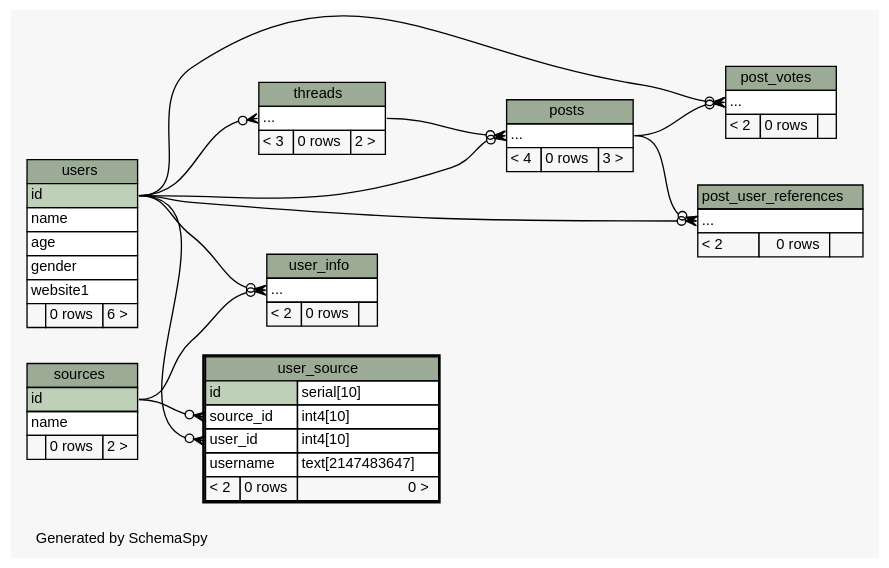
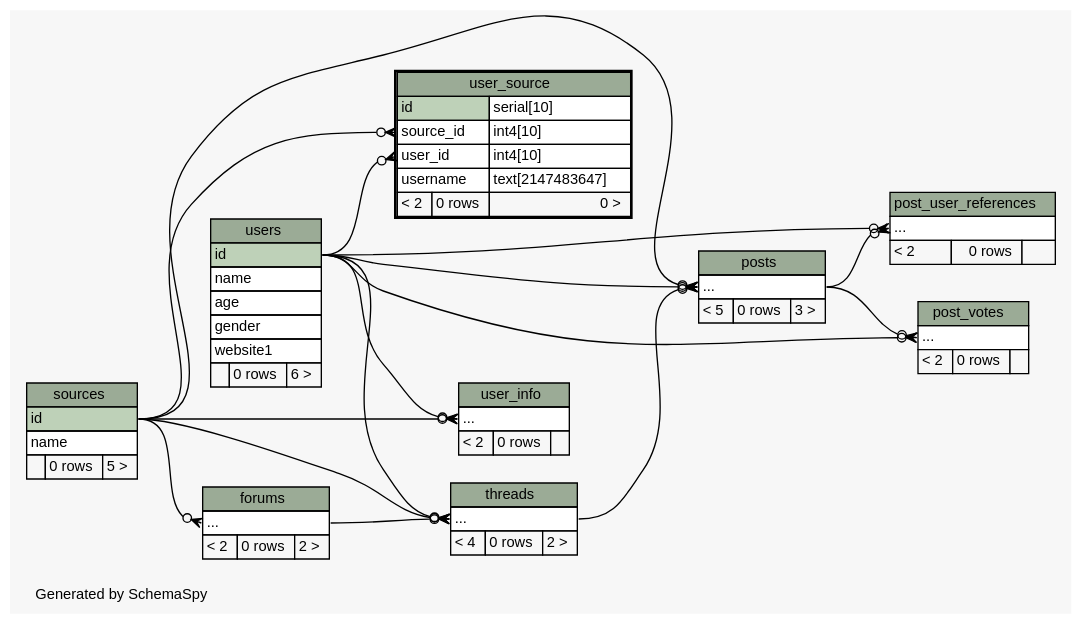
The diagram in library/diagrams/user_source.2degrees.dot (ryanaustincarlson/moocdb), drawn with Graphviz before and after one commit. The commit also changed 79 other files, not shown here.

Commit message:
Adding source_id to threads and posts etc.

```diff
--- a/library/diagrams/user_source.2degrees.dot
+++ b/library/diagrams/user_source.2degrees.dot
@@ -1,121 +1,135 @@
 // dot 2.34.0 on Mac OS X 10.8.3
 // SchemaSpy rev 590
 digraph "twoDegreesRelationshipsDiagram" {
   graph [
     rankdir="RL"
     bgcolor="#f7f7f7"
     label="\nGenerated by SchemaSpy"
     labeljust="l"
     nodesep="0.18"
     ranksep="0.46"
     fontname="Helvetica"
     fontsize="11"
   ];
   node [
     fontname="Helvetica"
     fontsize="11"
     shape="plaintext"
   ];
   edge [
     arrowsize="0.8"
   ];
+  "forums":"elipses":w -> "sources":"id":e [arrowhead=none dir=back arrowtail=crowodot];
   "post_user_references":"elipses":w -> "posts":"elipses":e [arrowhead=none dir=back arrowtail=crowodot];
   "post_user_references":"elipses":w -> "users":"id":e [arrowhead=none dir=back arrowtail=crowodot];
   "post_votes":"elipses":w -> "posts":"elipses":e [arrowhead=none dir=back arrowtail=crowodot];
   "post_votes":"elipses":w -> "users":"id":e [arrowhead=none dir=back arrowtail=crowodot];
   "posts":"elipses":w -> "users":"id":e [arrowhead=none dir=back arrowtail=crowodot];
+  "posts":"elipses":w -> "sources":"id":e [arrowhead=none dir=back arrowtail=crowodot];
   "posts":"elipses":w -> "threads":"elipses":e [arrowhead=none dir=back arrowtail=crowodot];
+  "threads":"elipses":w -> "forums":"elipses":e [arrowhead=none dir=back arrowtail=crowodot];
+  "threads":"elipses":w -> "sources":"id":e [arrowhead=none dir=back arrowtail=crowodot];
   "threads":"elipses":w -> "users":"id":e [arrowhead=none dir=back arrowtail=crowodot];
   "user_info":"elipses":w -> "sources":"id":e [arrowhead=none dir=back arrowtail=crowodot];
   "user_info":"elipses":w -> "users":"id":e [arrowhead=none dir=back arrowtail=crowodot];
   "user_source":"source_id":w -> "sources":"id":e [arrowhead=none dir=back arrowtail=crowodot];
   "user_source":"user_id":w -> "users":"id":e [arrowhead=none dir=back arrowtail=crowodot];
+  "forums" [
+    label=<
+    <TABLE BORDER="0" CELLBORDER="1" CELLSPACING="0" BGCOLOR="#ffffff">
+      <TR><TD COLSPAN="3" BGCOLOR="#9bab96" ALIGN="CENTER">forums</TD></TR>
+      <TR><TD PORT="elipses" COLSPAN="3" ALIGN="LEFT">...</TD></TR>
+      <TR><TD ALIGN="LEFT" BGCOLOR="#f7f7f7">&lt; 2</TD><TD ALIGN="RIGHT" BGCOLOR="#f7f7f7">0 rows</TD><TD ALIGN="RIGHT" BGCOLOR="#f7f7f7">2 &gt;</TD></TR>
+    </TABLE>>
+    URL="forums.html"
+    tooltip="forums"
+  ];
   "post_user_references" [
     label=<
     <TABLE BORDER="0" CELLBORDER="1" CELLSPACING="0" BGCOLOR="#ffffff">
       <TR><TD COLSPAN="3" BGCOLOR="#9bab96" ALIGN="CENTER">post_user_references</TD></TR>
       <TR><TD PORT="elipses" COLSPAN="3" ALIGN="LEFT">...</TD></TR>
       <TR><TD ALIGN="LEFT" BGCOLOR="#f7f7f7">&lt; 2</TD><TD ALIGN="RIGHT" BGCOLOR="#f7f7f7">0 rows</TD><TD ALIGN="RIGHT" BGCOLOR="#f7f7f7">  </TD></TR>
     </TABLE>>
     URL="post_user_references.html"
     tooltip="post_user_references"
   ];
   "post_votes" [
     label=<
     <TABLE BORDER="0" CELLBORDER="1" CELLSPACING="0" BGCOLOR="#ffffff">
       <TR><TD COLSPAN="3" BGCOLOR="#9bab96" ALIGN="CENTER">post_votes</TD></TR>
       <TR><TD PORT="elipses" COLSPAN="3" ALIGN="LEFT">...</TD></TR>
       <TR><TD ALIGN="LEFT" BGCOLOR="#f7f7f7">&lt; 2</TD><TD ALIGN="RIGHT" BGCOLOR="#f7f7f7">0 rows</TD><TD ALIGN="RIGHT" BGCOLOR="#f7f7f7">  </TD></TR>
     </TABLE>>
     URL="post_votes.html"
     tooltip="post_votes"
   ];
   "posts" [
     label=<
     <TABLE BORDER="0" CELLBORDER="1" CELLSPACING="0" BGCOLOR="#ffffff">
       <TR><TD COLSPAN="3" BGCOLOR="#9bab96" ALIGN="CENTER">posts</TD></TR>
       <TR><TD PORT="elipses" COLSPAN="3" ALIGN="LEFT">...</TD></TR>
-      <TR><TD ALIGN="LEFT" BGCOLOR="#f7f7f7">&lt; 4</TD><TD ALIGN="RIGHT" BGCOLOR="#f7f7f7">0 rows</TD><TD ALIGN="RIGHT" BGCOLOR="#f7f7f7">3 &gt;</TD></TR>
+      <TR><TD ALIGN="LEFT" BGCOLOR="#f7f7f7">&lt; 5</TD><TD ALIGN="RIGHT" BGCOLOR="#f7f7f7">0 rows</TD><TD ALIGN="RIGHT" BGCOLOR="#f7f7f7">3 &gt;</TD></TR>
     </TABLE>>
     URL="posts.html"
     tooltip="posts"
   ];
   "sources" [
     label=<
     <TABLE BORDER="0" CELLBORDER="1" CELLSPACING="0" BGCOLOR="#ffffff">
       <TR><TD COLSPAN="3" BGCOLOR="#9bab96" ALIGN="CENTER">sources</TD></TR>
       <TR><TD PORT="id" COLSPAN="3" BGCOLOR="#bed1b8" ALIGN="LEFT">id</TD></TR>
       <TR><TD PORT="name" COLSPAN="3" ALIGN="LEFT">name</TD></TR>
-      <TR><TD ALIGN="LEFT" BGCOLOR="#f7f7f7">  </TD><TD ALIGN="RIGHT" BGCOLOR="#f7f7f7">0 rows</TD><TD ALIGN="RIGHT" BGCOLOR="#f7f7f7">2 &gt;</TD></TR>
+      <TR><TD ALIGN="LEFT" BGCOLOR="#f7f7f7">  </TD><TD ALIGN="RIGHT" BGCOLOR="#f7f7f7">0 rows</TD><TD ALIGN="RIGHT" BGCOLOR="#f7f7f7">5 &gt;</TD></TR>
     </TABLE>>
     URL="sources.html"
     tooltip="sources"
   ];
   "threads" [
     label=<
     <TABLE BORDER="0" CELLBORDER="1" CELLSPACING="0" BGCOLOR="#ffffff">
       <TR><TD COLSPAN="3" BGCOLOR="#9bab96" ALIGN="CENTER">threads</TD></TR>
       <TR><TD PORT="elipses" COLSPAN="3" ALIGN="LEFT">...</TD></TR>
-      <TR><TD ALIGN="LEFT" BGCOLOR="#f7f7f7">&lt; 3</TD><TD ALIGN="RIGHT" BGCOLOR="#f7f7f7">0 rows</TD><TD ALIGN="RIGHT" BGCOLOR="#f7f7f7">2 &gt;</TD></TR>
+      <TR><TD ALIGN="LEFT" BGCOLOR="#f7f7f7">&lt; 4</TD><TD ALIGN="RIGHT" BGCOLOR="#f7f7f7">0 rows</TD><TD ALIGN="RIGHT" BGCOLOR="#f7f7f7">2 &gt;</TD></TR>
     </TABLE>>
     URL="threads.html"
     tooltip="threads"
   ];
   "user_info" [
     label=<
     <TABLE BORDER="0" CELLBORDER="1" CELLSPACING="0" BGCOLOR="#ffffff">
       <TR><TD COLSPAN="3" BGCOLOR="#9bab96" ALIGN="CENTER">user_info</TD></TR>
       <TR><TD PORT="elipses" COLSPAN="3" ALIGN="LEFT">...</TD></TR>
       <TR><TD ALIGN="LEFT" BGCOLOR="#f7f7f7">&lt; 2</TD><TD ALIGN="RIGHT" BGCOLOR="#f7f7f7">0 rows</TD><TD ALIGN="RIGHT" BGCOLOR="#f7f7f7">  </TD></TR>
     </TABLE>>
     URL="user_info.html"
     tooltip="user_info"
   ];
   "user_source" [
     label=<
     <TABLE BORDER="2" CELLBORDER="1" CELLSPACING="0" BGCOLOR="#ffffff">
       <TR><TD COLSPAN="3" BGCOLOR="#9bab96" ALIGN="CENTER">user_source</TD></TR>
       <TR><TD PORT="id" COLSPAN="2" BGCOLOR="#bed1b8" ALIGN="LEFT">id</TD><TD PORT="id.type" ALIGN="LEFT">serial[10]</TD></TR>
       <TR><TD PORT="source_id" COLSPAN="2" ALIGN="LEFT">source_id</TD><TD PORT="source_id.type" ALIGN="LEFT">int4[10]</TD></TR>
       <TR><TD PORT="user_id" COLSPAN="2" ALIGN="LEFT">user_id</TD><TD PORT="user_id.type" ALIGN="LEFT">int4[10]</TD></TR>
       <TR><TD PORT="username" COLSPAN="2" ALIGN="LEFT">username</TD><TD PORT="username.type" ALIGN="LEFT">text[2147483647]</TD></TR>
       <TR><TD ALIGN="LEFT" BGCOLOR="#f7f7f7">&lt; 2</TD><TD ALIGN="RIGHT" BGCOLOR="#f7f7f7">0 rows</TD><TD ALIGN="RIGHT" BGCOLOR="#f7f7f7">0 &gt;</TD></TR>
     </TABLE>>
     URL="user_source.html"
     tooltip="user_source"
   ];
   "users" [
     label=<
     <TABLE BORDER="0" CELLBORDER="1" CELLSPACING="0" BGCOLOR="#ffffff">
       <TR><TD COLSPAN="3" BGCOLOR="#9bab96" ALIGN="CENTER">users</TD></TR>
       <TR><TD PORT="id" COLSPAN="3" BGCOLOR="#bed1b8" ALIGN="LEFT">id</TD></TR>
       <TR><TD PORT="name" COLSPAN="3" ALIGN="LEFT">name</TD></TR>
       <TR><TD PORT="age" COLSPAN="3" ALIGN="LEFT">age</TD></TR>
       <TR><TD PORT="gender" COLSPAN="3" ALIGN="LEFT">gender</TD></TR>
       <TR><TD PORT="website1" COLSPAN="3" ALIGN="LEFT">website1</TD></TR>
       <TR><TD ALIGN="LEFT" BGCOLOR="#f7f7f7">  </TD><TD ALIGN="RIGHT" BGCOLOR="#f7f7f7">0 rows</TD><TD ALIGN="RIGHT" BGCOLOR="#f7f7f7">6 &gt;</TD></TR>
     </TABLE>>
     URL="users.html"
     tooltip="users"
   ];
 }
```
